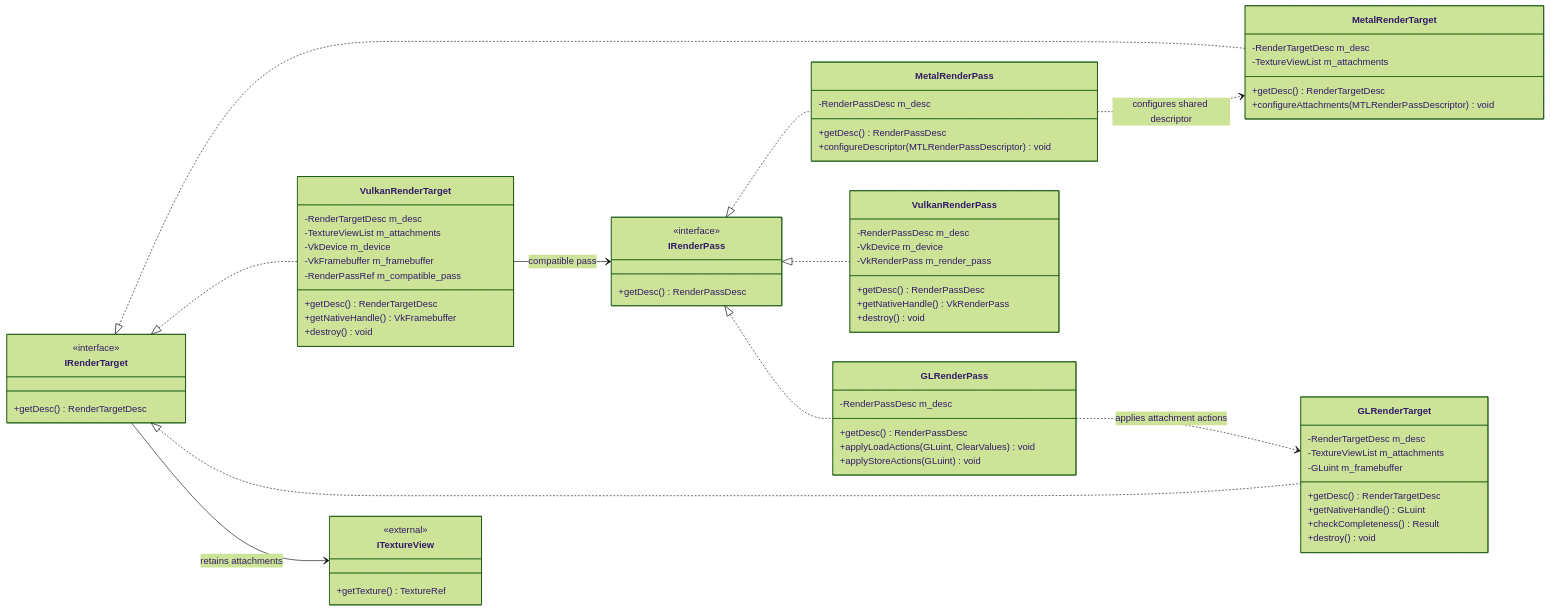
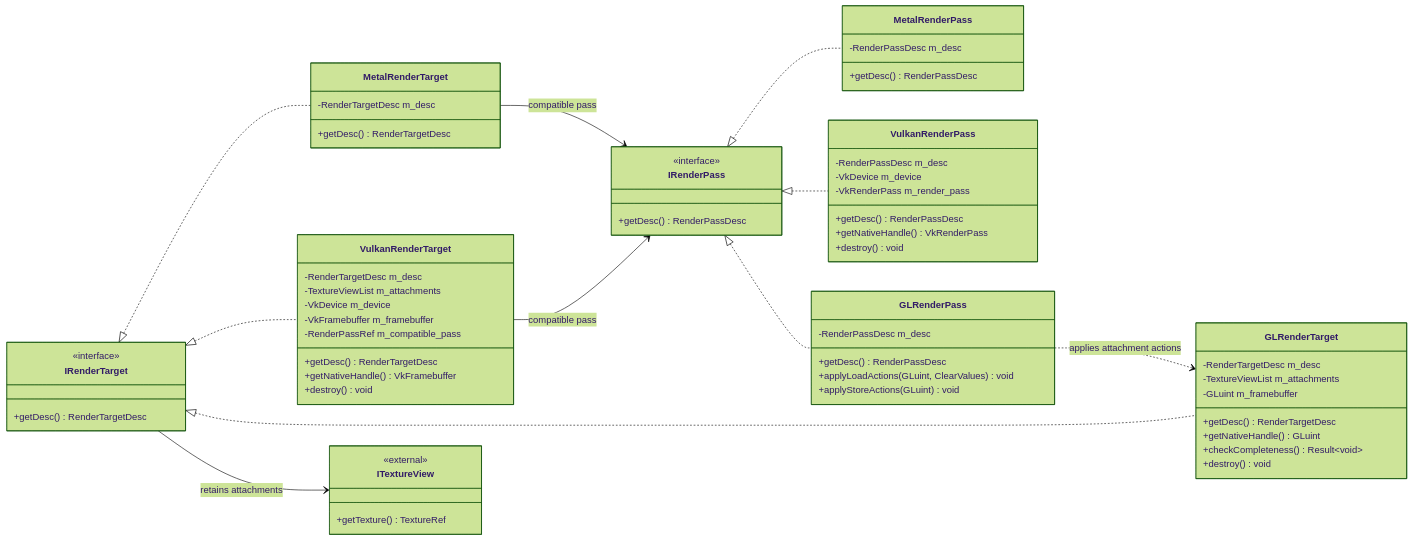
One commit to oyanymous/mango changed the diagram in docs/diagrams/RHI_RENDER_TARGETS.mmd. Above: the diagram before and after it, drawn with Mermaid (forest theme). The commit also changed 164 other files, not shown here.

```diff
--- a/docs/diagrams/RHI_RENDER_TARGETS.mmd
+++ b/docs/diagrams/RHI_RENDER_TARGETS.mmd
@@ -1,72 +1,70 @@
 classDiagram
     direction LR
     %% Proposed design, not source-verified. Native type names are conceptual.
     %% Interfaces declare behavior; concrete backend classes hold implementation state.
     %% Render passes and render targets
     %% External references mirror the public APIs in their owning RHI files.
     class IRenderPass {
         <<interface>>
         +getDesc() RenderPassDesc
     }
     class MetalRenderPass {
         -RenderPassDesc m_desc
         +getDesc() RenderPassDesc
-        +configureDescriptor(MTLRenderPassDescriptor) void
     }
     class VulkanRenderPass {
         -RenderPassDesc m_desc
         -VkDevice m_device
         -VkRenderPass m_render_pass
         +getDesc() RenderPassDesc
         +getNativeHandle() VkRenderPass
         +destroy() void
     }
     class GLRenderPass {
         -RenderPassDesc m_desc
         +getDesc() RenderPassDesc
         +applyLoadActions(GLuint, ClearValues) void
         +applyStoreActions(GLuint) void
     }
     class IRenderTarget {
         <<interface>>
         +getDesc() RenderTargetDesc
     }
     class MetalRenderTarget {
         -RenderTargetDesc m_desc
-        -TextureViewList m_attachments
         +getDesc() RenderTargetDesc
-        +configureAttachments(MTLRenderPassDescriptor) void
     }
     class VulkanRenderTarget {
         -RenderTargetDesc m_desc
         -TextureViewList m_attachments
         -VkDevice m_device
         -VkFramebuffer m_framebuffer
         -RenderPassRef m_compatible_pass
         +getDesc() RenderTargetDesc
         +getNativeHandle() VkFramebuffer
         +destroy() void
     }
     class GLRenderTarget {
         -RenderTargetDesc m_desc
         -TextureViewList m_attachments
         -GLuint m_framebuffer
         +getDesc() RenderTargetDesc
         +getNativeHandle() GLuint
-        +checkCompleteness() Result
+        +checkCompleteness() Result~void~
         +destroy() void
     }
     class ITextureView {
         <<external>>
         +getTexture() TextureRef
     }
     IRenderPass <|.. MetalRenderPass
     IRenderPass <|.. VulkanRenderPass
     IRenderPass <|.. GLRenderPass
     IRenderTarget <|.. MetalRenderTarget
     IRenderTarget <|.. VulkanRenderTarget
     IRenderTarget <|.. GLRenderTarget
     IRenderTarget --> ITextureView : retains attachments
     VulkanRenderTarget --> IRenderPass : compatible pass
-    MetalRenderPass ..> MetalRenderTarget : configures shared descriptor
+    MetalRenderTarget --> IRenderPass : compatible pass
+    %% Metal has no pass or framebuffer object: beginRender combines both into an MTLRenderPassDescriptor.
     GLRenderPass ..> GLRenderTarget : applies attachment actions
```
